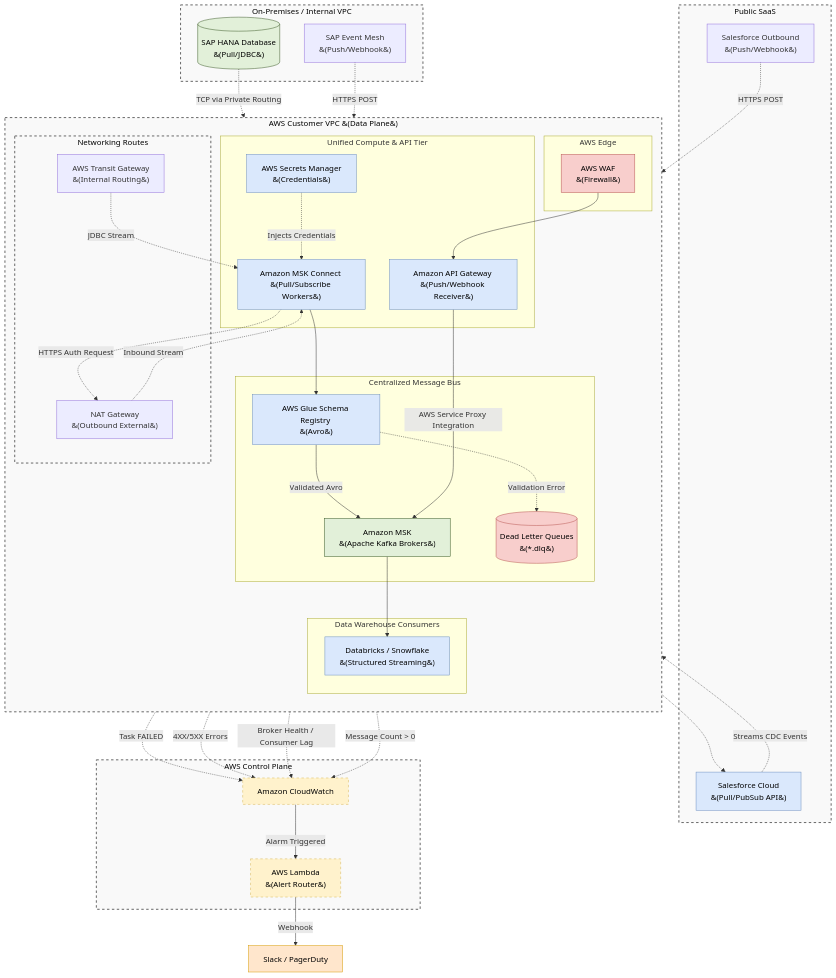
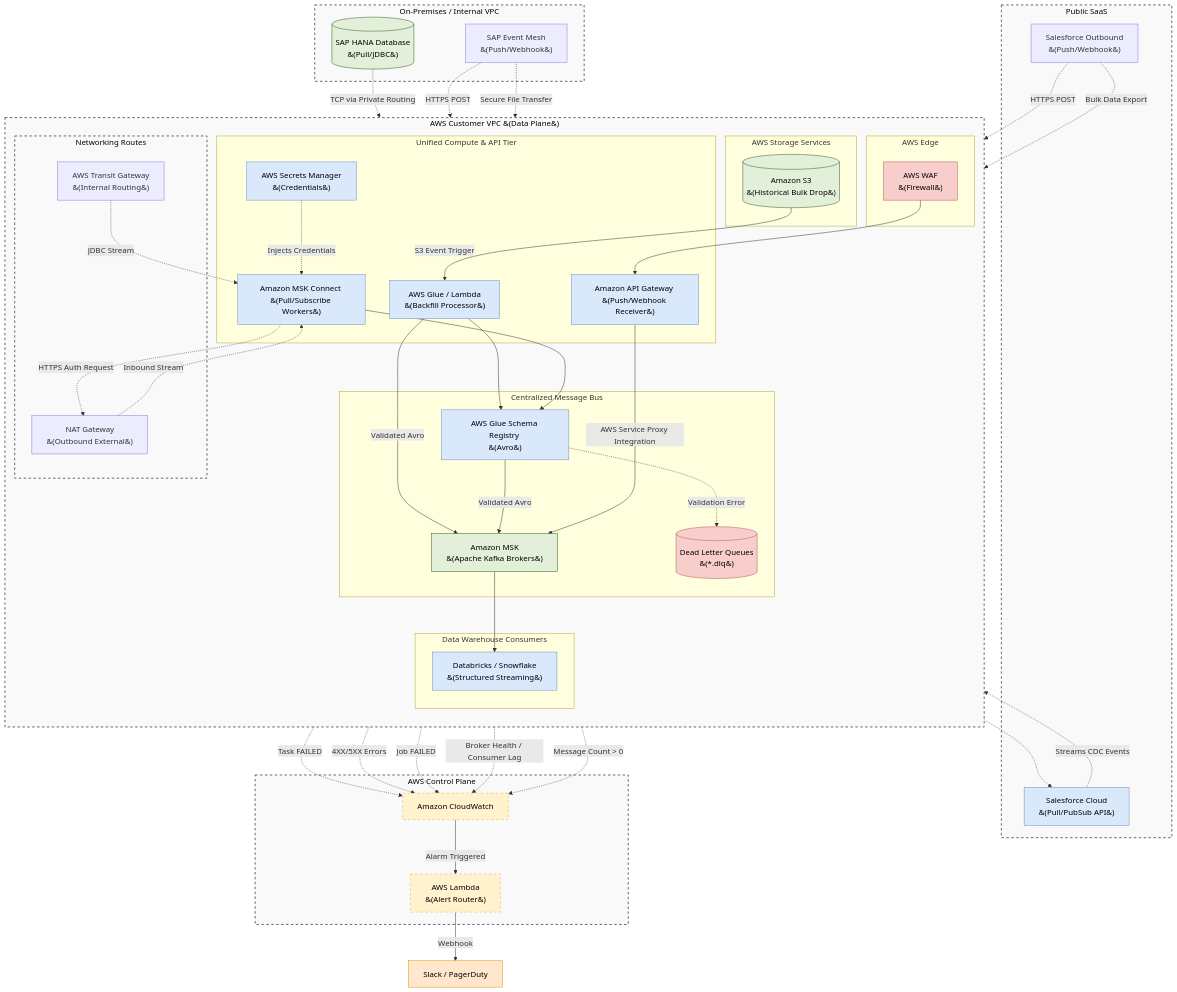
Before and after one commit to toanbui626391/data_architect: the diagram in aws/unified_source_to_msk_architecture.md, drawn with Mermaid. The commit also changed other lines of this file, not shown here.

Commit message:
add api pull

```diff
--- a/aws/unified_source_to_msk_architecture.md
+++ b/aws/unified_source_to_msk_architecture.md
@@ -41,7 +41,12 @@
         subgraph IngestionTier [Unified Compute & API Tier]
             MSKConnect["Amazon MSK Connect <br>&#40;Pull/Subscribe Workers&#41;"]
             APIGateway["Amazon API Gateway <br>&#40;Push/Webhook Receiver&#41;"]
+            BulkProcessor["AWS Glue / Lambda <br>&#40;Backfill Processor&#41;"]
             Secrets["AWS Secrets Manager <br>&#40;Credentials&#41;"]
+        end
+
+        subgraph StorageTier [AWS Storage Services]
+            S3Bulk[("Amazon S3 <br>&#40;Historical Bulk Drop&#41;")]
         end
 
         subgraph MessageBus [Centralized Message Bus]
@@ -80,6 +85,13 @@
     SFDCOutbound -.->|HTTPS POST| WAF
     WAF --> APIGateway
     
+    %% Data Flow (Hybrid / Historical Backfill)
+    SAPEventMesh -.->|Secure File Transfer| S3Bulk
+    SFDCOutbound -.->|Bulk Data Export| S3Bulk
+    S3Bulk -->|S3 Event Trigger| BulkProcessor
+    BulkProcessor --> GlueRegistry
+    BulkProcessor -->|Validated Avro| MSK
+
     %% Aggregation into Message Bus
     MSKConnect --> GlueRegistry
     GlueRegistry -->|Validated Avro| MSK
@@ -92,6 +104,7 @@
     %% Monitoring Flow
     MSKConnect -.->|Task FAILED| CloudWatch
     APIGateway -.->|4XX/5XX Errors| CloudWatch
+    BulkProcessor -.->|Job FAILED| CloudWatch
     MSK -.->|Broker Health / Consumer Lag| CloudWatch
     DLQ -.->|Message Count > 0| CloudWatch
     
@@ -107,8 +120,8 @@
     classDef edge fill:#f8cecc,stroke:#b85450,stroke-width:1px,color:#000;
     classDef alert fill:#ffe6cc,stroke:#d79b00,stroke-width:1px,color:#000;
     
-    class SAPHana,MSK,DLQ storage;
-    class Salesforce,MSKConnect,APIGateway,GlueRegistry,Databricks,Secrets process;
+    class SAPHana,MSK,DLQ,S3Bulk storage;
+    class Salesforce,MSKConnect,APIGateway,BulkProcessor,GlueRegistry,Databricks,Secrets process;
     class WAF edge;
     class DLQ bad;
     class CloudWatch,Lambda monitor;
```
